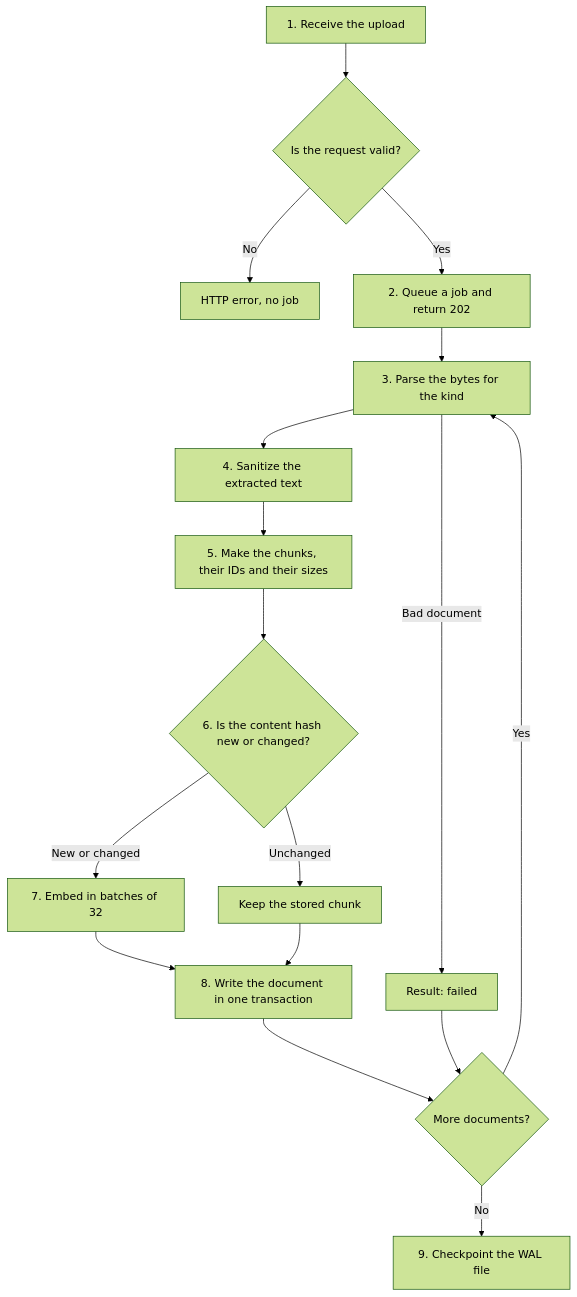
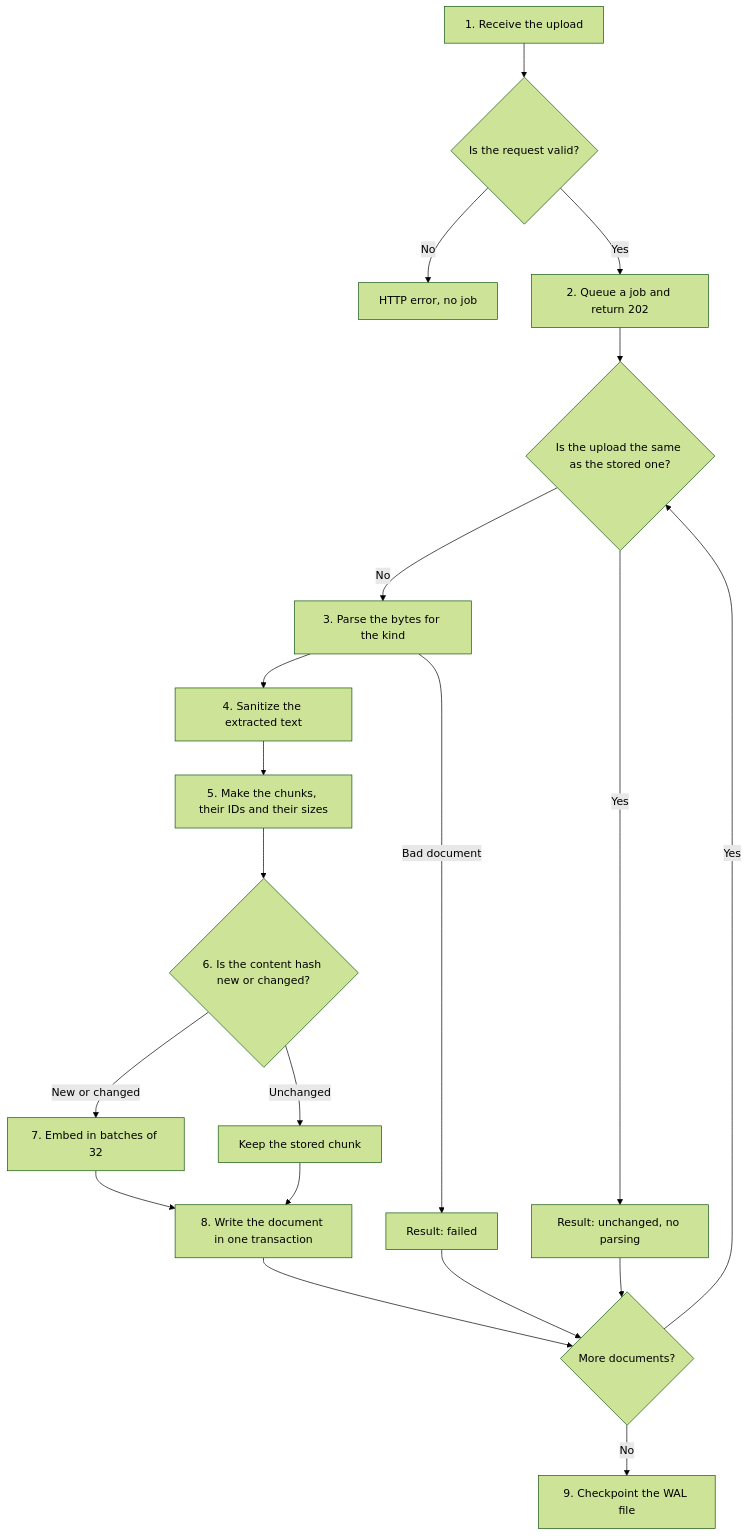
Before and after one commit to xatcap/xat-rag: the second of 4 diagrams in docs/how-it-works.md, drawn with Mermaid (forest theme). The commit also changed other lines of this file and 118 other files, not shown here.

````diff
--- a/docs/how-it-works.md
+++ b/docs/how-it-works.md
@@ -50,19 +50,22 @@
 ```mermaid
 flowchart TD
     upload["1. Receive the upload"] --> checks{"Is the request valid?"}
     checks -- "No" --> reject["HTTP error, no job"]
     checks -- "Yes" --> job["2. Queue a job and return 202"]
-    job --> parse["3. Parse the bytes for the kind"]
+    job --> same{"Is the upload the same as the stored one?"}
+    same -- "Yes" --> unchanged["Result: unchanged, no parsing"]
+    same -- "No" --> parse["3. Parse the bytes for the kind"]
     parse --> sanitize["4. Sanitize the extracted text"]
     sanitize --> chunk["5. Make the chunks, their IDs and their sizes"]
     chunk --> compare{"6. Is the content hash new or changed?"}
     compare -- "Unchanged" --> skip["Keep the stored chunk"]
     compare -- "New or changed" --> embed["7. Embed in batches of 32"]
     embed --> store["8. Write the document in one transaction"]
     skip --> store
     store --> more{"More documents?"}
-    more -- "Yes" --> parse
+    more -- "Yes" --> same
     more -- "No" --> checkpoint["9. Checkpoint the WAL file"]
     parse -- "Bad document" --> failed["Result: failed"]
     failed --> more
+    unchanged --> more
 ```
````
